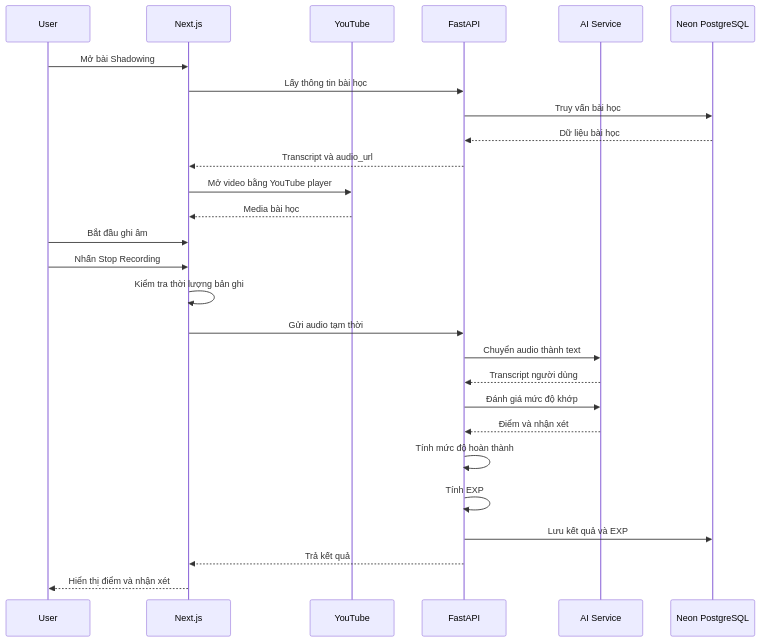
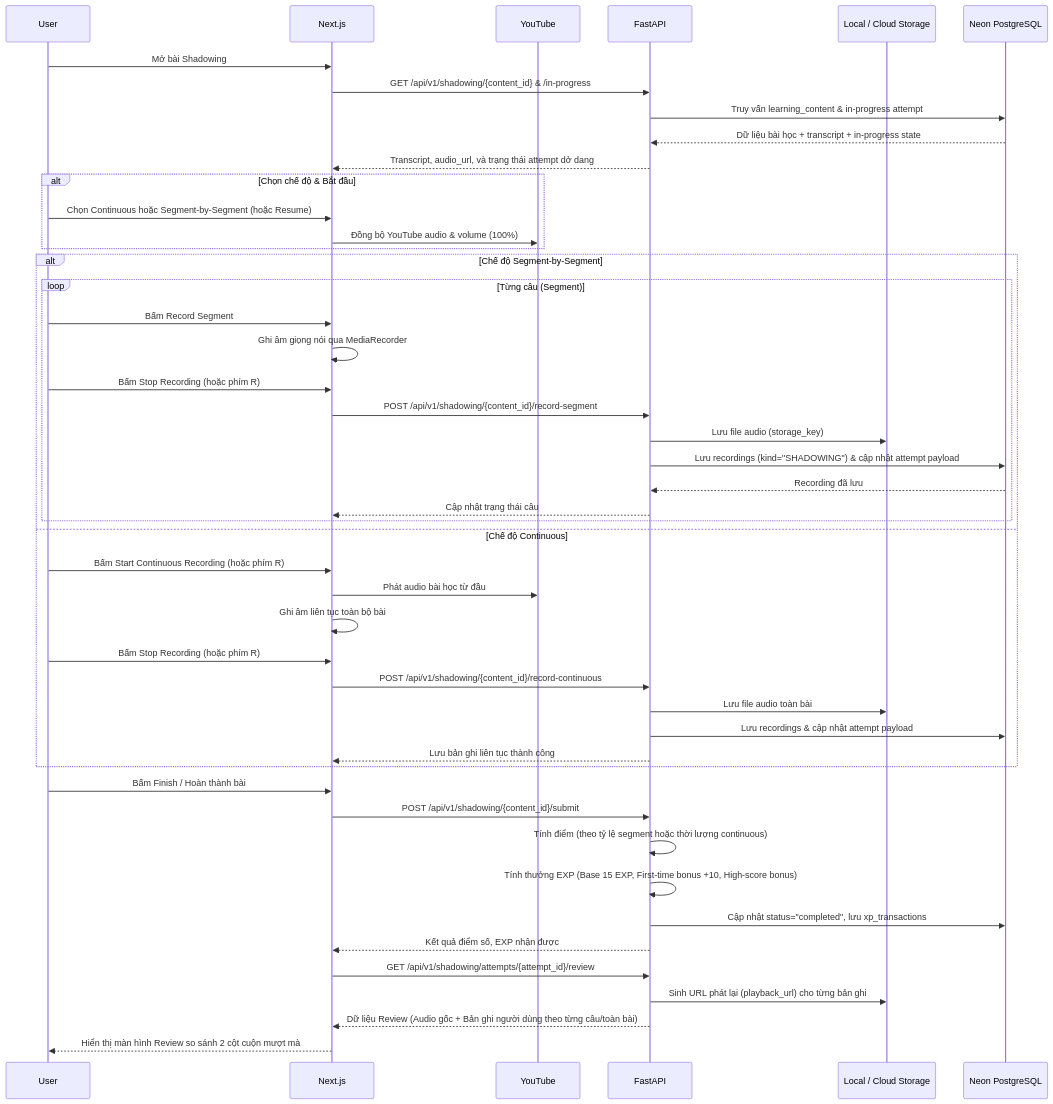
Before and after one commit to mrthinh307/kaiwa-up: the third of 7 diagrams in docs/04-architecture.md, drawn with Mermaid. The commit also changed other lines of this file and 4 other files, not shown here.

Commit message:
docs(shadowing): update documentation to reflect dual-mode, APIs, and review features

````diff
--- a/docs/04-architecture.md
+++ b/docs/04-architecture.md
@@ -440,49 +440,54 @@
 ```mermaid
 sequenceDiagram
     participant U as User
     participant FE as Next.js
     participant YT as YouTube
     participant BE as FastAPI
-    participant AI as AI Service
+    participant Storage as Local / Cloud Storage
     participant DB as Neon PostgreSQL
 
     U->>FE: Mở bài Shadowing
+    FE->>BE: GET /api/v1/shadowing/{content_id} & /in-progress
+    BE->>DB: Truy vấn learning_content & in-progress attempt
+    DB-->>BE: Dữ liệu bài học + transcript + in-progress state
+    BE-->>FE: Transcript, audio_url, và trạng thái attempt dở dang
 
-    FE->>BE: Lấy thông tin bài học
+    alt Chọn chế độ & Bắt đầu
+        U->>FE: Chọn Continuous hoặc Segment-by-Segment (hoặc Resume)
+        FE->>YT: Đồng bộ YouTube audio & volume (100%)
+    end
 
-    BE->>DB: Truy vấn bài học
+    alt Chế độ Segment-by-Segment
+        loop Từng câu (Segment)
+            U->>FE: Bấm Record Segment #i (hoặc phím R)
+            FE->>FE: Ghi âm giọng nói qua MediaRecorder
+            U->>FE: Bấm Stop Recording (hoặc phím R)
+            FE->>BE: POST /api/v1/shadowing/{content_id}/record-segment
+            BE->>Storage: Lưu file audio (storage_key)
+            BE->>DB: Lưu recordings (kind="SHADOWING") & cập nhật attempt payload
+            DB-->>BE: Recording đã lưu
+            BE-->>FE: Cập nhật trạng thái câu #i đã ghi âm
+        end
+    else Chế độ Continuous
+        U->>FE: Bấm Start Continuous Recording (hoặc phím R)
+        FE->>YT: Phát audio bài học từ đầu
+        FE->>FE: Ghi âm liên tục toàn bộ bài
+        U->>FE: Bấm Stop Recording (hoặc phím R)
+        FE->>BE: POST /api/v1/shadowing/{content_id}/record-continuous
+        BE->>Storage: Lưu file audio toàn bài
+        BE->>DB: Lưu recordings & cập nhật attempt payload
+        BE-->>FE: Lưu bản ghi liên tục thành công
+    end
 
-    DB-->>BE: Dữ liệu bài học
+    U->>FE: Bấm Finish / Hoàn thành bài
+    FE->>BE: POST /api/v1/shadowing/{content_id}/submit
+    BE->>BE: Tính điểm (theo tỷ lệ segment hoặc thời lượng continuous)
+    BE->>BE: Tính thưởng EXP (Base 15 EXP, First-time bonus +10, High-score bonus)
+    BE->>DB: Cập nhật status="completed", lưu xp_transactions
+    BE-->>FE: Kết quả điểm số, EXP nhận được
 
-    BE-->>FE: Transcript và audio_url
-
-    FE->>YT: Mở video bằng YouTube player
-
-    YT-->>FE: Media bài học
-
-    U->>FE: Bắt đầu ghi âm
-
-    U->>FE: Nhấn Stop Recording
-
-    FE->>FE: Kiểm tra thời lượng bản ghi
-
-    FE->>BE: Gửi audio tạm thời
-
-    BE->>AI: Chuyển audio thành text
-
-    AI-->>BE: Transcript người dùng
-
-    BE->>AI: Đánh giá mức độ khớp
-
-    AI-->>BE: Điểm và nhận xét
-
-    BE->>BE: Tính mức độ hoàn thành
-
-    BE->>BE: Tính EXP
-
-    BE->>DB: Lưu kết quả và EXP
-
-    BE-->>FE: Trả kết quả
-
-    FE-->>U: Hiển thị điểm và nhận xét
+    FE->>BE: GET /api/v1/shadowing/attempts/{attempt_id}/review
+    BE->>Storage: Sinh URL phát lại (playback_url) cho từng bản ghi
+    BE-->>FE: Dữ liệu Review (Audio gốc + Bản ghi người dùng theo từng câu/toàn bài)
+    FE-->>U: Hiển thị màn hình Review so sánh 2 cột cuộn mượt mà
 ```
````
